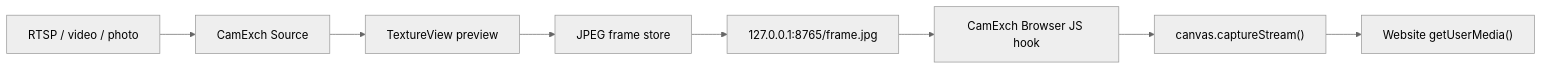
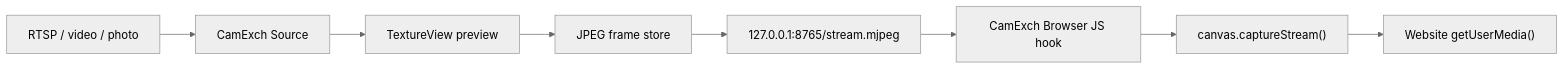
The diagram in README.md (inserrnet/CamExch), drawn with Mermaid (neutral theme) before and after one commit. The commit also changed other lines of this file, not shown here.

````diff
--- a/README.md
+++ b/README.md
@@ -39,10 +39,10 @@
 ```mermaid
 flowchart LR
     A["RTSP / video / photo"] --> B["CamExch Source"]
     B --> C["TextureView preview"]
     C --> D["JPEG frame store"]
-    D --> E["127.0.0.1:8765/frame.jpg"]
+    D --> E["127.0.0.1:8765/stream.mjpeg"]
     E --> F["CamExch Browser JS hook"]
     F --> G["canvas.captureStream()"]
     G --> H["Website getUserMedia()"]
 ```
````
